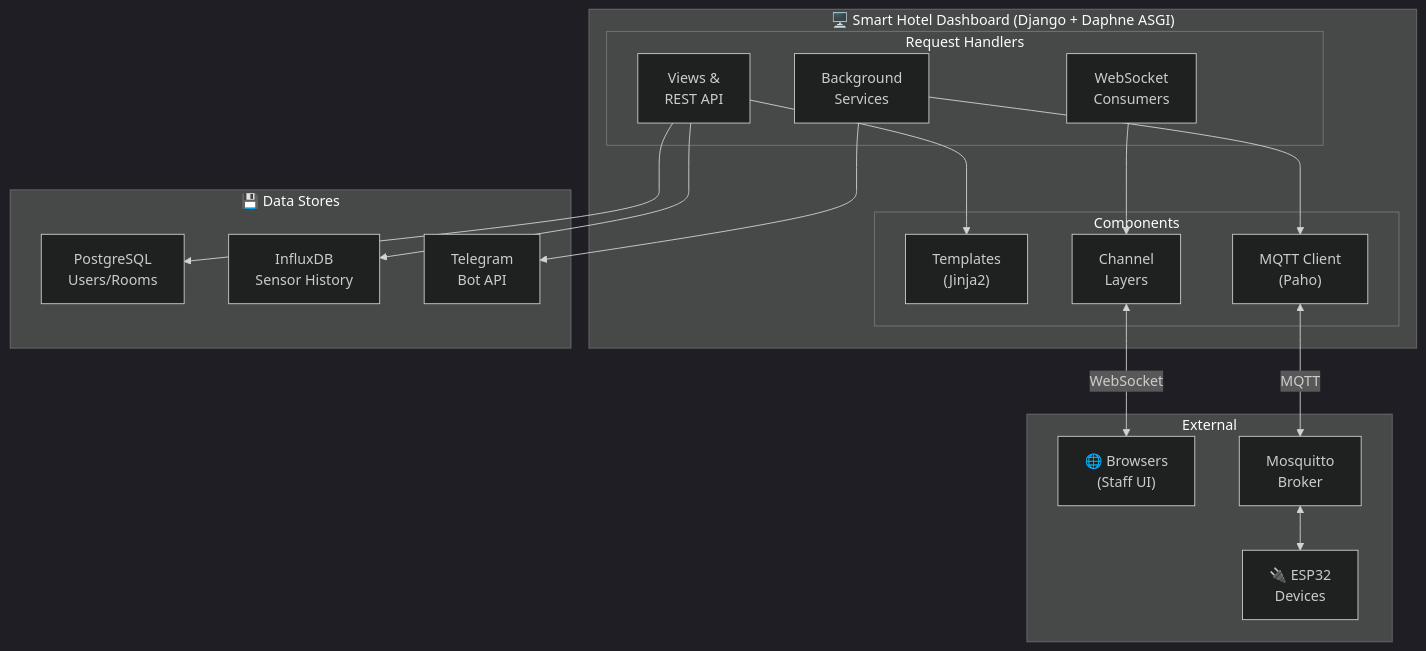
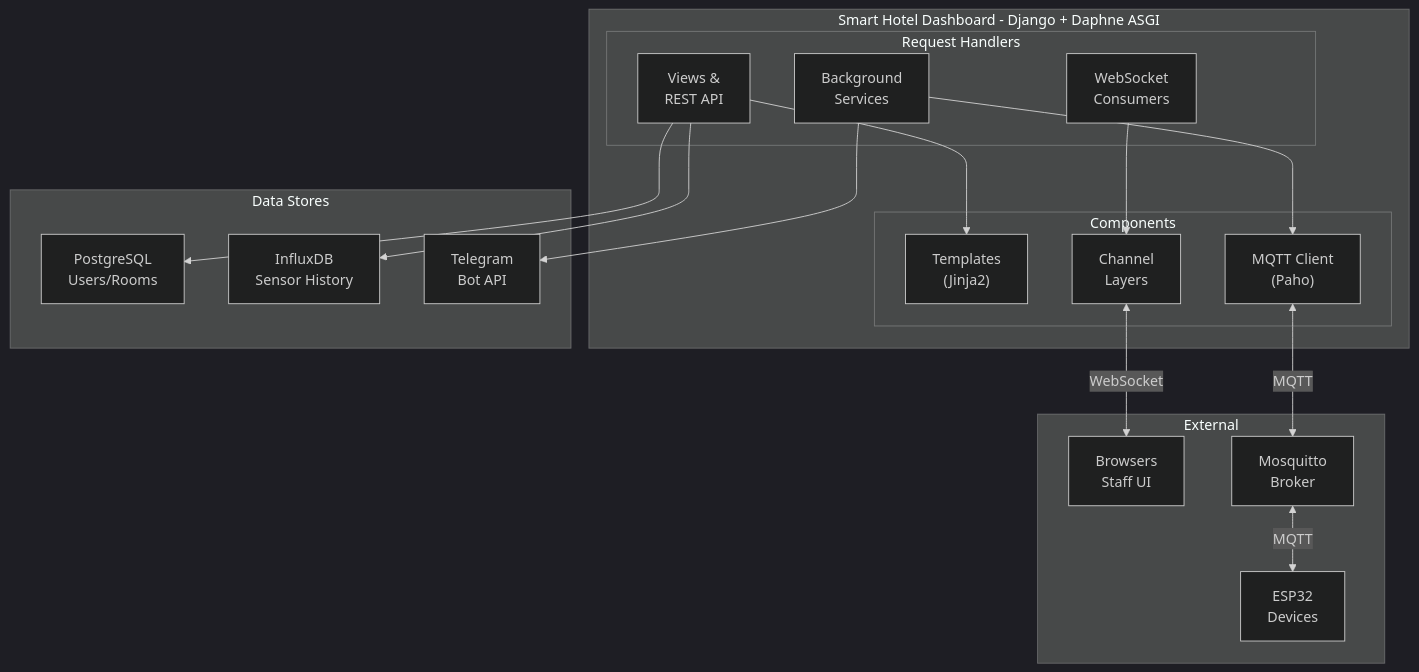
Before and after one commit to omarmx9/smart-hotel: the first of 3 diagrams in dashboards/django_app/README.md, drawn with Mermaid (dark theme). The commit also changed other lines of this file and 3 other files, not shown here.

Commit message:
docs: Update Mermaid diagrams for consistency and clarity in documentation

````diff
--- a/dashboards/django_app/README.md
+++ b/dashboards/django_app/README.md
@@ -59,40 +59,40 @@
 ```mermaid
 flowchart TB
-    subgraph DASHBOARD["🖥️ Smart Hotel Dashboard (Django + Daphne ASGI)"]
+    subgraph DASHBOARD["Smart Hotel Dashboard - Django + Daphne ASGI"]
         subgraph HANDLERS["Request Handlers"]
             VIEWS["Views &<br/>REST API"]
             CONSUMERS["WebSocket<br/>Consumers"]
             SERVICES["Background<br/>Services"]
         end
         
         subgraph COMPONENTS["Components"]
             TEMPLATES["Templates<br/>(Jinja2)"]
             CHANNELS["Channel<br/>Layers"]
             MQTT_CLIENT["MQTT Client<br/>(Paho)"]
         end
     end
     
-    subgraph DATA_STORES["💾 Data Stores"]
+    subgraph DATA_STORES["Data Stores"]
         POSTGRES["PostgreSQL<br/>Users/Rooms"]
         INFLUXDB["InfluxDB<br/>Sensor History"]
         TELEGRAM["Telegram<br/>Bot API"]
     end
     
     subgraph EXTERNAL["External"]
-        BROWSERS["🌐 Browsers<br/>(Staff UI)"]
+        BROWSERS["Browsers<br/>Staff UI"]
         MOSQUITTO["Mosquitto<br/>Broker"]
-        ESP32["🔌 ESP32<br/>Devices"]
+        ESP32["ESP32<br/>Devices"]
     end
 
     VIEWS --> TEMPLATES
     CONSUMERS --> CHANNELS
     SERVICES --> MQTT_CLIENT
     
     CHANNELS <-->|WebSocket| BROWSERS
     MQTT_CLIENT <-->|MQTT| MOSQUITTO
-    MOSQUITTO <--> ESP32
+    MOSQUITTO <-->|MQTT| ESP32
     
     VIEWS --> POSTGRES
     VIEWS --> INFLUXDB
     SERVICES --> TELEGRAM
 ```
````
